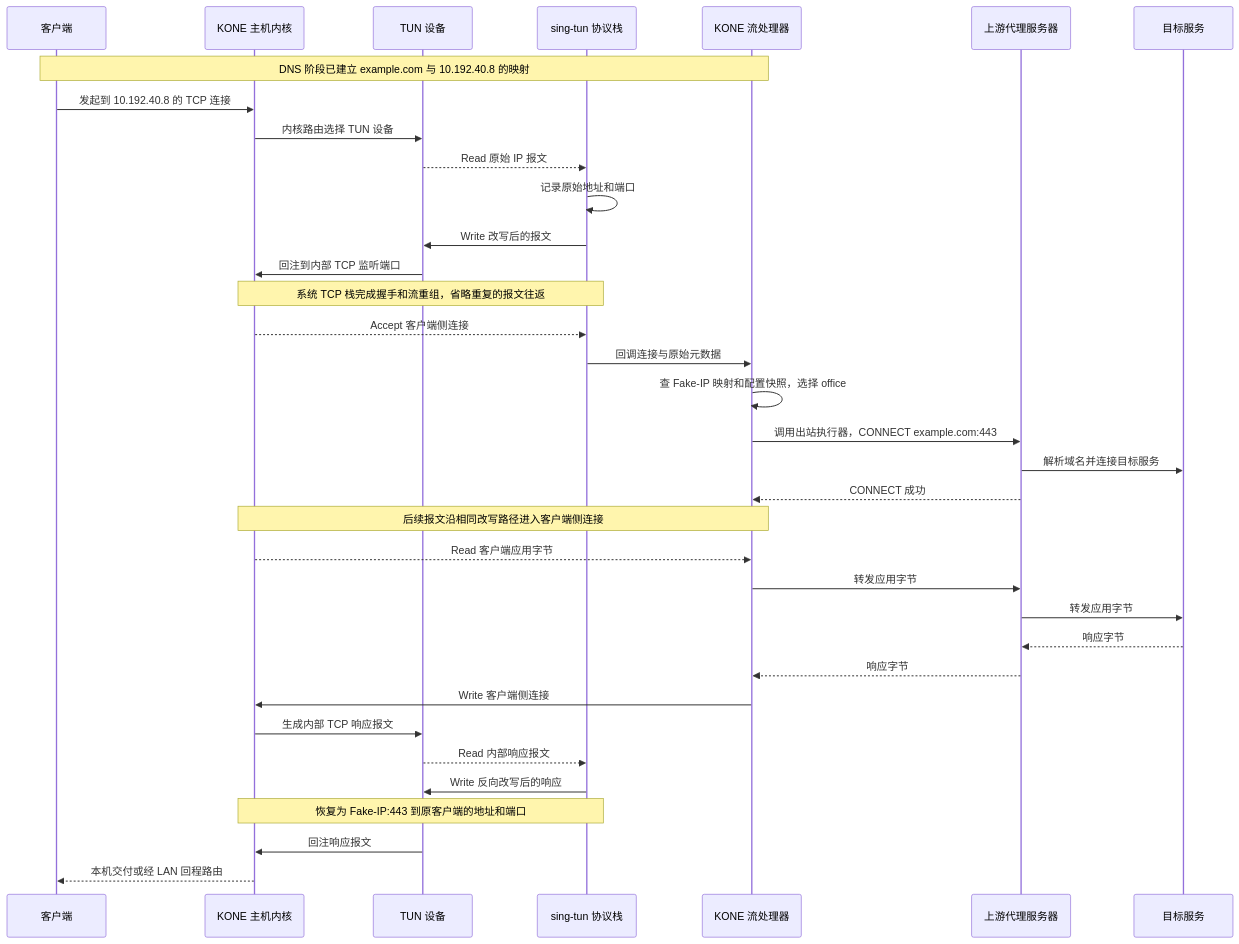
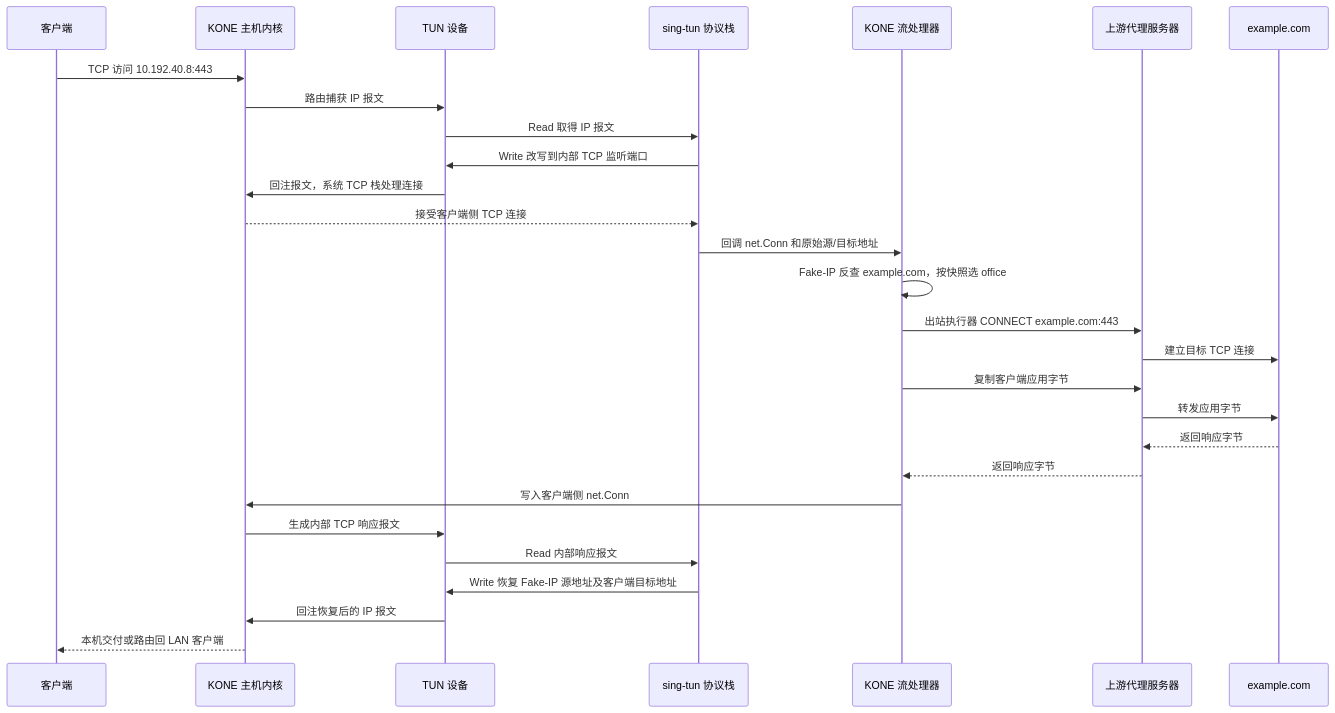
The second of 3 diagrams in docs/architecture.md (xjdrew/kone), drawn with Mermaid before and after one commit. The commit also changed other lines of this file and 48 other files, not shown here.

````diff
--- a/docs/architecture.md
+++ b/docs/architecture.md
@@ -90,37 +56,30 @@
 ```mermaid
 sequenceDiagram
     participant C as 客户端
     participant K as KONE 主机内核
     participant T as TUN 设备
     participant S as sing-tun 协议栈
     participant F as KONE 流处理器
     participant P as 上游代理服务器
-    participant R as 目标服务
-    Note over C,F: DNS 阶段已建立 example.com 与 10.192.40.8 的映射
-    C->>K: 发起到 10.192.40.8 的 TCP 连接
-    K->>T: 内核路由选择 TUN 设备
-    T-->>S: Read 原始 IP 报文
-    S->>S: 记录原始地址和端口
-    S->>T: Write 改写后的报文
-    T->>K: 回注到内部 TCP 监听端口
-    Note over K,S: 系统 TCP 栈完成握手和流重组，省略重复的报文往返
-    K-->>S: Accept 客户端侧连接
-    S->>F: 回调连接与原始元数据
-    F->>F: 查 Fake-IP 映射和配置快照，选择 office
-    F->>P: 调用出站执行器，CONNECT example.com:443
-    P->>R: 解析域名并连接目标服务
-    P-->>F: CONNECT 成功
-    Note over K,F: 后续报文沿相同改写路径进入客户端侧连接
-    K-->>F: Read 客户端应用字节
-    F->>P: 转发应用字节
+    participant R as example.com
+    C->>K: TCP 访问 10.192.40.8:443
+    K->>T: 路由捕获 IP 报文
+    T->>S: Read 取得 IP 报文
+    S->>T: Write 改写到内部 TCP 监听端口
+    T->>K: 回注报文，系统 TCP 栈处理连接
+    K-->>S: 接受客户端侧 TCP 连接
+    S->>F: 回调 net.Conn 和原始源/目标地址
+    F->>F: Fake-IP 反查 example.com，按快照选 office
+    F->>P: 出站执行器 CONNECT example.com:443
+    P->>R: 建立目标 TCP 连接
+    F->>P: 复制客户端应用字节
     P->>R: 转发应用字节
-    R-->>P: 响应字节
-    P-->>F: 响应字节
-    F->>K: Write 客户端侧连接
+    R-->>P: 返回响应字节
+    P-->>F: 返回响应字节
+    F->>K: 写入客户端侧 net.Conn
     K->>T: 生成内部 TCP 响应报文
-    T-->>S: Read 内部响应报文
-    S->>T: Write 反向改写后的响应
-    Note over K,S: 恢复为 Fake-IP:443 到原客户端的地址和端口
-    T->>K: 回注响应报文
-    K-->>C: 本机交付或经 LAN 回程路由
+    T->>S: Read 内部响应报文
+    S->>T: Write 恢复 Fake-IP 源地址及客户端目标地址
+    T->>K: 回注恢复后的 IP 报文
+    K-->>C: 本机交付或路由回 LAN 客户端
 ```
````
